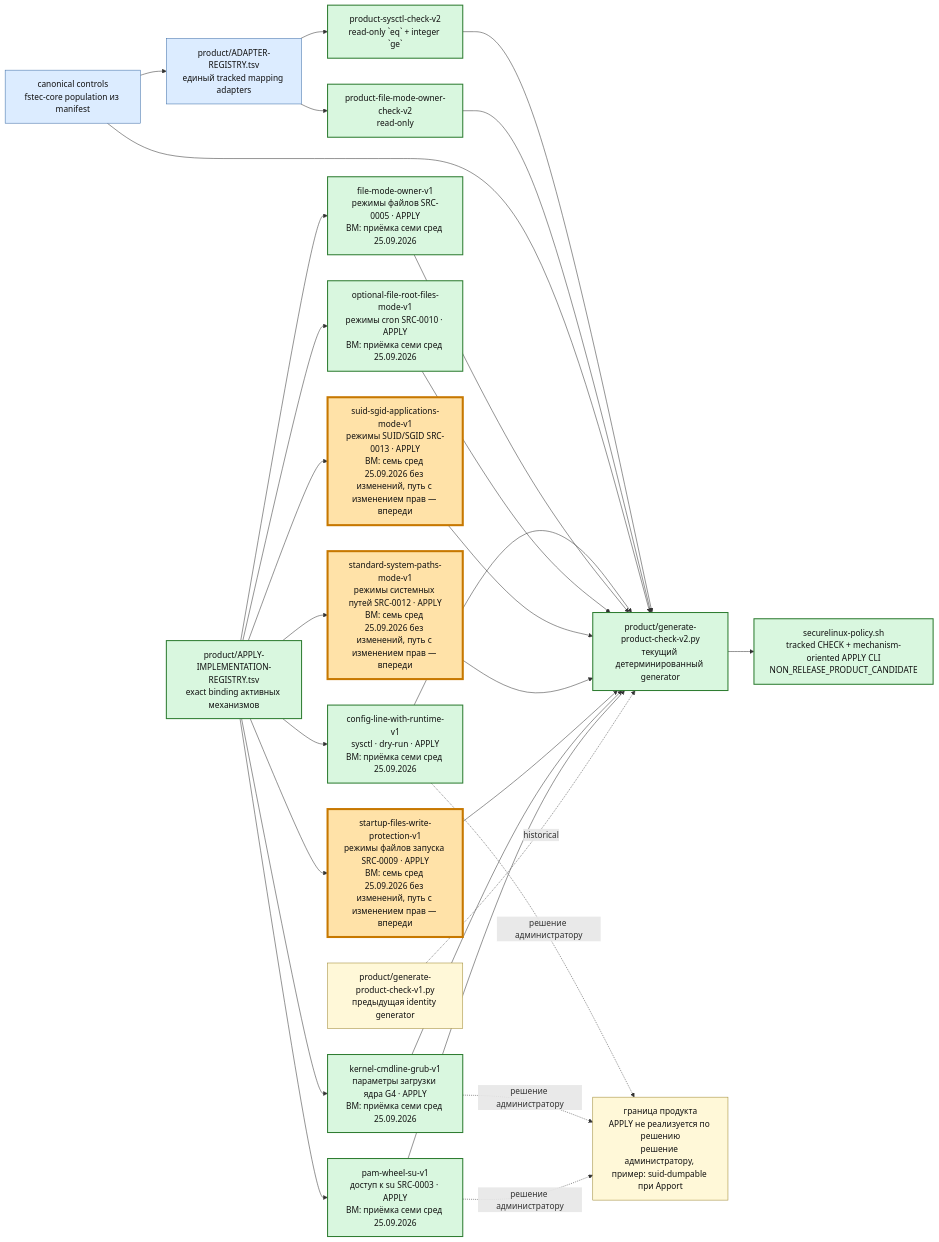
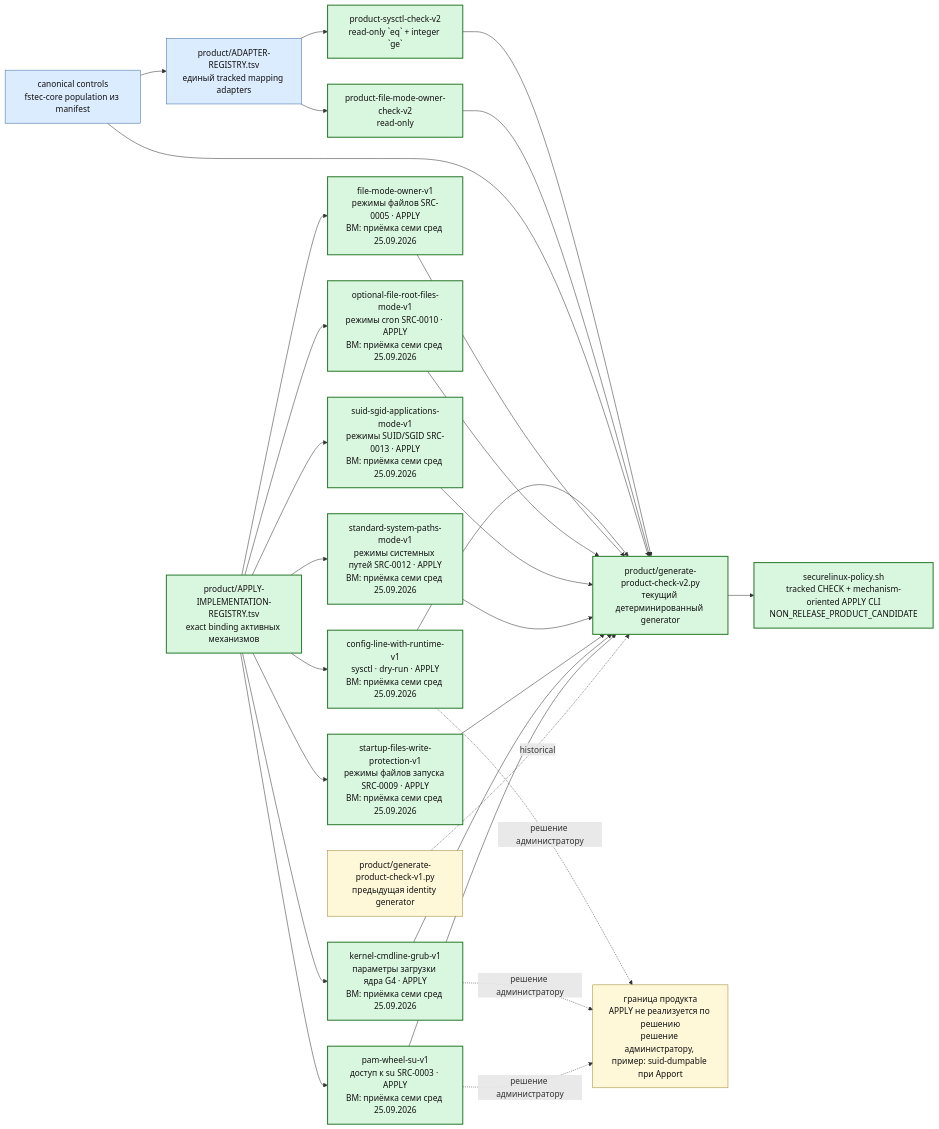
The third of 6 diagrams in docs/PROJECT-MAP.md (rasav65/SecureLinux-Policy), drawn with Mermaid before and after one commit. The commit also changed other lines of this file and 11 other files, not shown here.

First line of the commit message:
docs: приёмка пути с изменением прав у 2.3.5, 2.3.8, 2.3.9; runner v17

````diff
--- a/docs/PROJECT-MAP.md
+++ b/docs/PROJECT-MAP.md
@@ -206,44 +206,44 @@
 ```mermaid
 flowchart LR
     CTRLNOW["canonical controls<br/>fstec-core population из manifest"]:::component
     REG["product/ADAPTER-REGISTRY.tsv<br/>единый tracked mapping adapters"]:::component
     SYS["product-sysctl-check-v2<br/>read-only `eq` + integer `ge`"]:::closed
     FILE["product-file-mode-owner-check-v2<br/>read-only"]:::closed
     GEN1["product/generate-product-check-v1.py<br/>предыдущая identity generator"]:::note
     GEN2["product/generate-product-check-v2.py<br/>текущий детерминированный generator"]:::closed
     IMPLREG["product/APPLY-IMPLEMENTATION-REGISTRY.tsv<br/>exact binding активных механизмов"]:::closed
     APPLY1["config-line-with-runtime-v1<br/>sysctl · dry-run · APPLY<br/>ВМ: приёмка семи сред 25.09.2026"]:::closed
     APPLY2["file-mode-owner-v1<br/>режимы файлов SRC-0005 · APPLY<br/>ВМ: приёмка семи сред 25.09.2026"]:::closed
     APPLY3["optional-file-root-files-mode-v1<br/>режимы cron SRC-0010 · APPLY<br/>ВМ: приёмка семи сред 25.09.2026"]:::closed
-    APPLY4["suid-sgid-applications-mode-v1<br/>режимы SUID/SGID SRC-0013 · APPLY<br/>ВМ: семь сред 25.09.2026 без изменений, путь с изменением прав — впереди"]:::current
-    APPLY5["standard-system-paths-mode-v1<br/>режимы системных путей SRC-0012 · APPLY<br/>ВМ: семь сред 25.09.2026 без изменений, путь с изменением прав — впереди"]:::current
-    APPLY6["startup-files-write-protection-v1<br/>режимы файлов запуска SRC-0009 · APPLY<br/>ВМ: семь сред 25.09.2026 без изменений, путь с изменением прав — впереди"]:::current
+    APPLY4["suid-sgid-applications-mode-v1<br/>режимы SUID/SGID SRC-0013 · APPLY<br/>ВМ: приёмка семи сред 25.09.2026"]:::closed
+    APPLY5["standard-system-paths-mode-v1<br/>режимы системных путей SRC-0012 · APPLY<br/>ВМ: приёмка семи сред 25.09.2026"]:::closed
+    APPLY6["startup-files-write-protection-v1<br/>режимы файлов запуска SRC-0009 · APPLY<br/>ВМ: приёмка семи сред 25.09.2026"]:::closed
     APPLY7["kernel-cmdline-grub-v1<br/>параметры загрузки ядра G4 · APPLY<br/>ВМ: приёмка семи сред 25.09.2026"]:::closed
     APPLY8["pam-wheel-su-v1<br/>доступ к su SRC-0003 · APPLY<br/>ВМ: приёмка семи сред 25.09.2026"]:::closed
     CLI["securelinux-policy.sh<br/>tracked CHECK + mechanism-oriented APPLY CLI<br/>NON_RELEASE_PRODUCT_CANDIDATE"]:::closed
     ADMIN["граница продукта<br/>APPLY не реализуется по решению<br/>решение администратору, пример: suid-dumpable при Apport"]:::note
 
     CTRLNOW --> REG
     REG --> SYS
     REG --> FILE
     SYS --> GEN2
     FILE --> GEN2
     CTRLNOW --> GEN2 --> CLI
     IMPLREG --> APPLY1 --> GEN2
     IMPLREG --> APPLY2 --> GEN2
     IMPLREG --> APPLY3 --> GEN2
     IMPLREG --> APPLY4 --> GEN2
     IMPLREG --> APPLY5 --> GEN2
     IMPLREG --> APPLY6 --> GEN2
     IMPLREG --> APPLY7 --> GEN2
     IMPLREG --> APPLY8 --> GEN2
     APPLY1 -. решение администратору .-> ADMIN
     APPLY7 -. решение администратору .-> ADMIN
     APPLY8 -. решение администратору .-> ADMIN
     GEN1 -. historical .-> GEN2
 
     classDef closed fill:#d9f7df,stroke:#2f7d32,color:#111,stroke-width:2px;
     classDef component fill:#dcecff,stroke:#3e6ea8,color:#111;
     classDef current fill:#ffe2a8,stroke:#c77800,color:#111,stroke-width:4px;
     classDef note fill:#fff8d8,stroke:#9d8730,color:#111;
 ```
````
